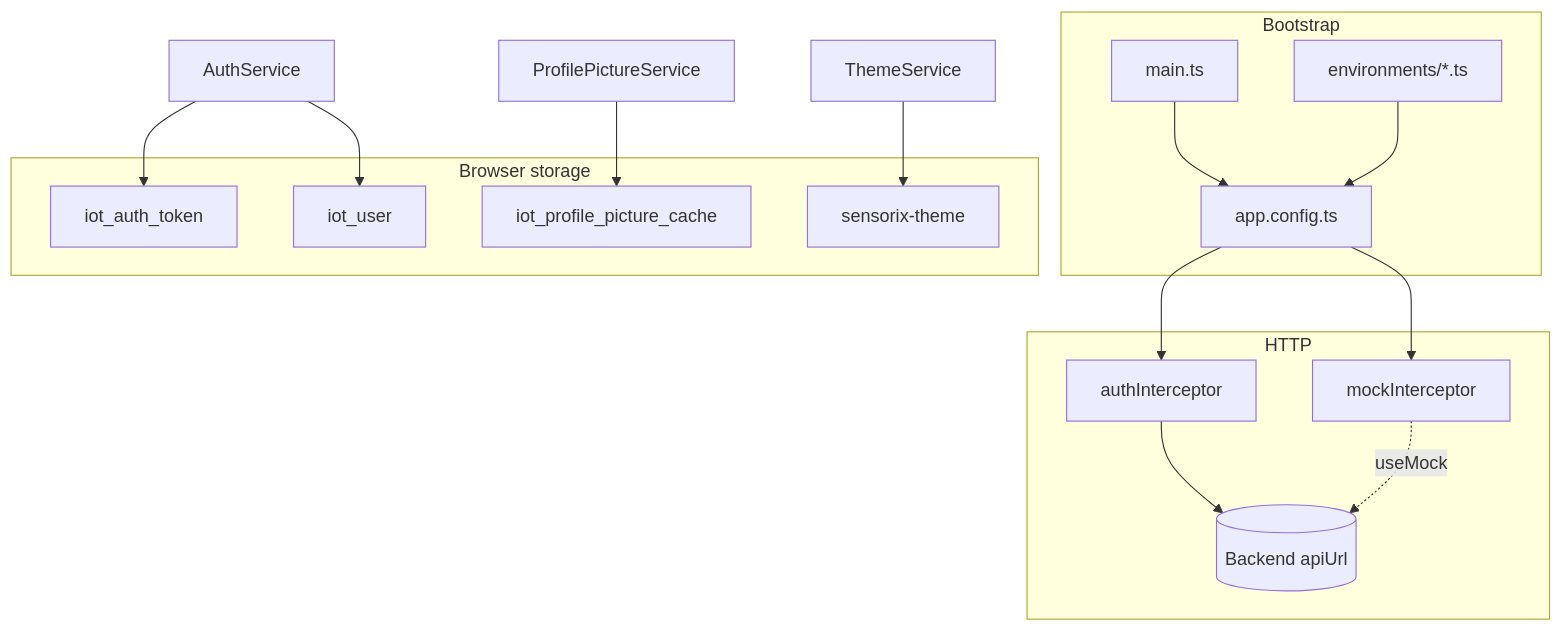
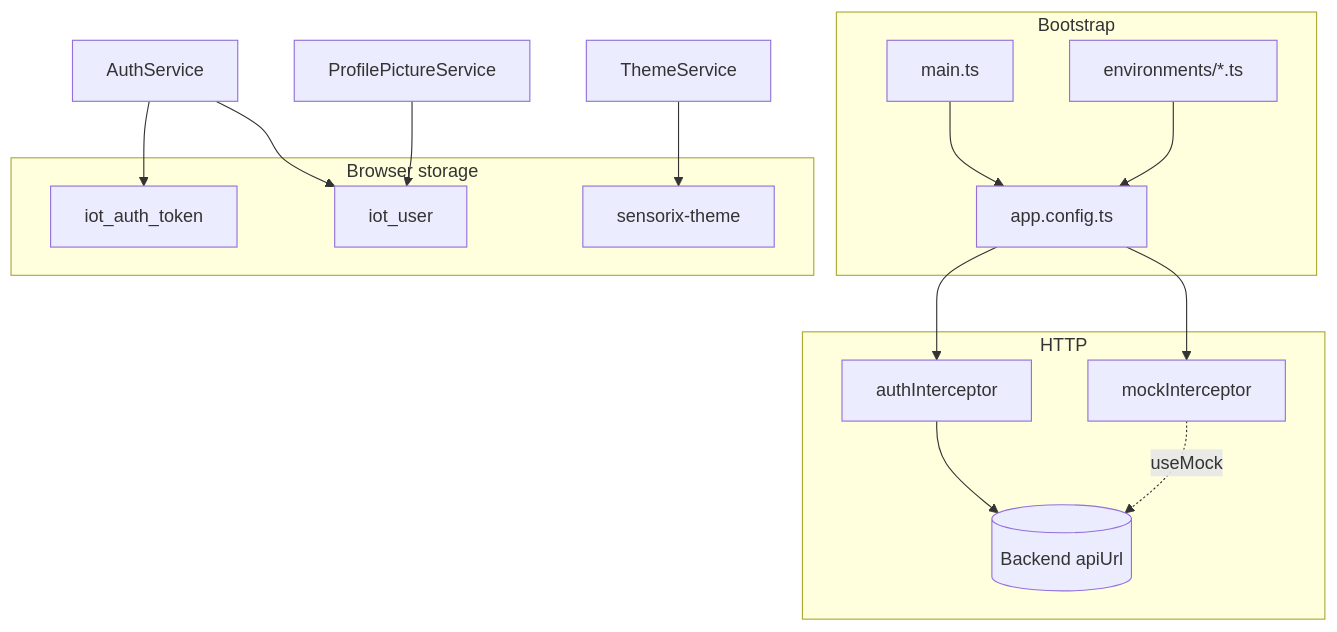
One commit to SalmaaKhaledd/iot-frontend changed the diagram in docs/frontend-configuration-and-structure.md. Above: the diagram before and after it, drawn with Mermaid. The commit also changed other lines of this file and 19 other files, not shown here.

````diff
--- a/docs/frontend-configuration-and-structure.md
+++ b/docs/frontend-configuration-and-structure.md
@@ -316,33 +313,32 @@
 ```mermaid
 flowchart TB
   subgraph bootstrap [Bootstrap]
     main[main.ts]
     config[app.config.ts]
     env[environments/*.ts]
   end
 
   subgraph http [HTTP]
     authInt[authInterceptor]
     mockInt[mockInterceptor]
     api[(Backend apiUrl)]
   end
 
   subgraph storage [Browser storage]
     lsToken[iot_auth_token]
     lsUser[iot_user]
-    lsPic[iot_profile_picture_cache]
     lsTheme[sensorix-theme]
   end
 
   main --> config
   env --> config
   config --> authInt
   config --> mockInt
   authInt --> api
   mockInt -.->|useMock| api
 
   AuthService --> lsToken
   AuthService --> lsUser
-  ProfilePictureService --> lsPic
+  ProfilePictureService --> lsUser
   ThemeService --> lsTheme
 ```
````
